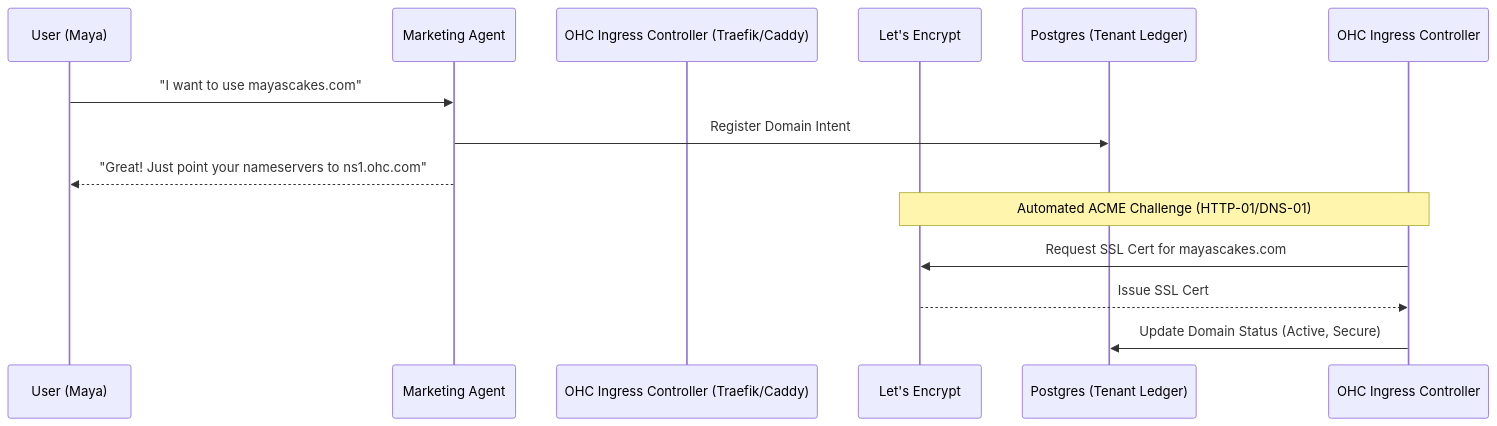
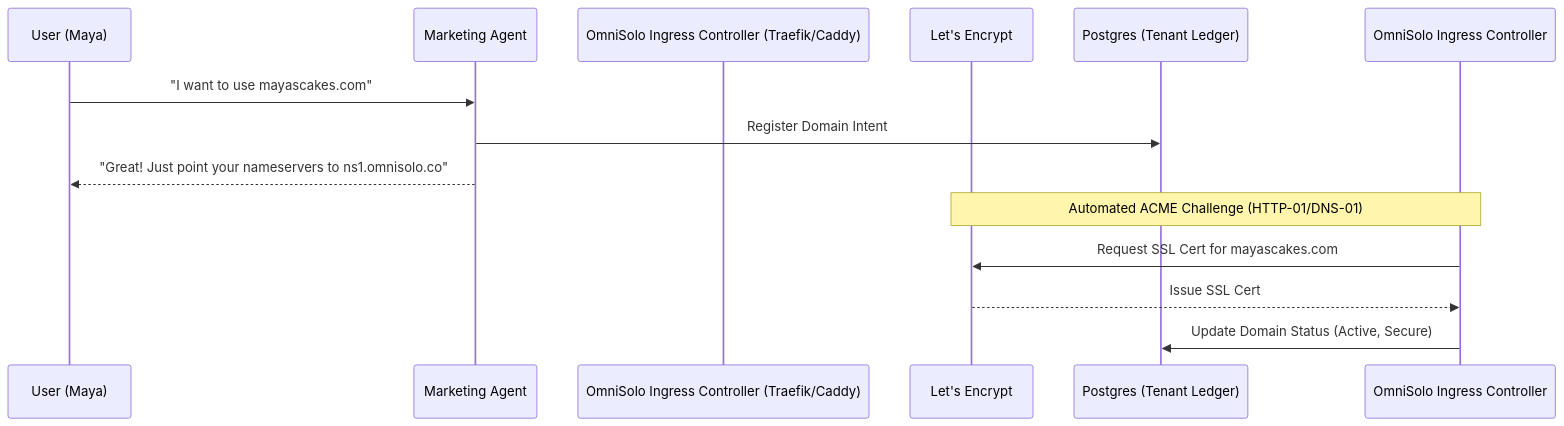
One commit to omnisolo-llc/onehumancorp changed the diagram in docs/research/[architecture]_zero_config_multi_tenant_unified_domain_and_ssl_management_engine.md. Above: the diagram before and after it, drawn with Mermaid. The commit also changed other lines of this file and 2332 other files, not shown here.

````diff
--- a/docs/research/[architecture]_zero_config_multi_tenant_unified_domain_and_ssl_management_engine.md
+++ b/docs/research/[architecture]_zero_config_multi_tenant_unified_domain_and_ssl_management_engine.md
@@ -16,16 +16,16 @@
 ```mermaid
 sequenceDiagram
     participant User (Maya)
     participant Marketing Agent
-    participant OHC Ingress Controller (Traefik/Caddy)
+    participant OmniSolo Ingress Controller (Traefik/Caddy)
     participant Let's Encrypt
     participant Postgres (Tenant Ledger)
 
     User (Maya)->>Marketing Agent: "I want to use mayascakes.com"
     Marketing Agent->>Postgres (Tenant Ledger): Register Domain Intent
-    Marketing Agent-->>User (Maya): "Great! Just point your nameservers to ns1.ohc.com"
-    Note over OHC Ingress Controller, Let's Encrypt: Automated ACME Challenge (HTTP-01/DNS-01)
-    OHC Ingress Controller->>Let's Encrypt: Request SSL Cert for mayascakes.com
-    Let's Encrypt-->>OHC Ingress Controller: Issue SSL Cert
-    OHC Ingress Controller->>Postgres (Tenant Ledger): Update Domain Status (Active, Secure)
+    Marketing Agent-->>User (Maya): "Great! Just point your nameservers to ns1.omnisolo.co"
+    Note over OmniSolo Ingress Controller, Let's Encrypt: Automated ACME Challenge (HTTP-01/DNS-01)
+    OmniSolo Ingress Controller->>Let's Encrypt: Request SSL Cert for mayascakes.com
+    Let's Encrypt-->>OmniSolo Ingress Controller: Issue SSL Cert
+    OmniSolo Ingress Controller->>Postgres (Tenant Ledger): Update Domain Status (Active, Secure)
 ```
````
